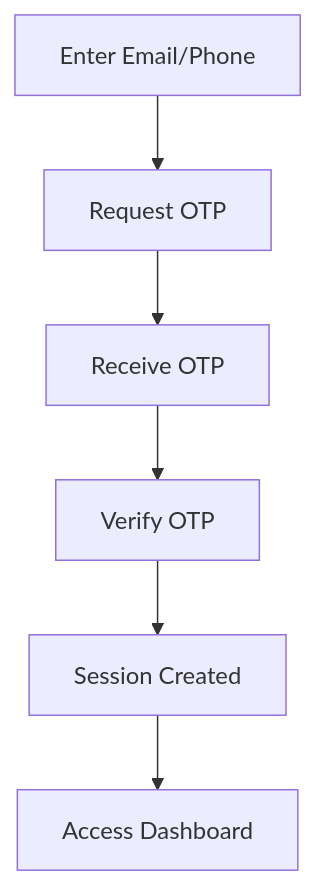
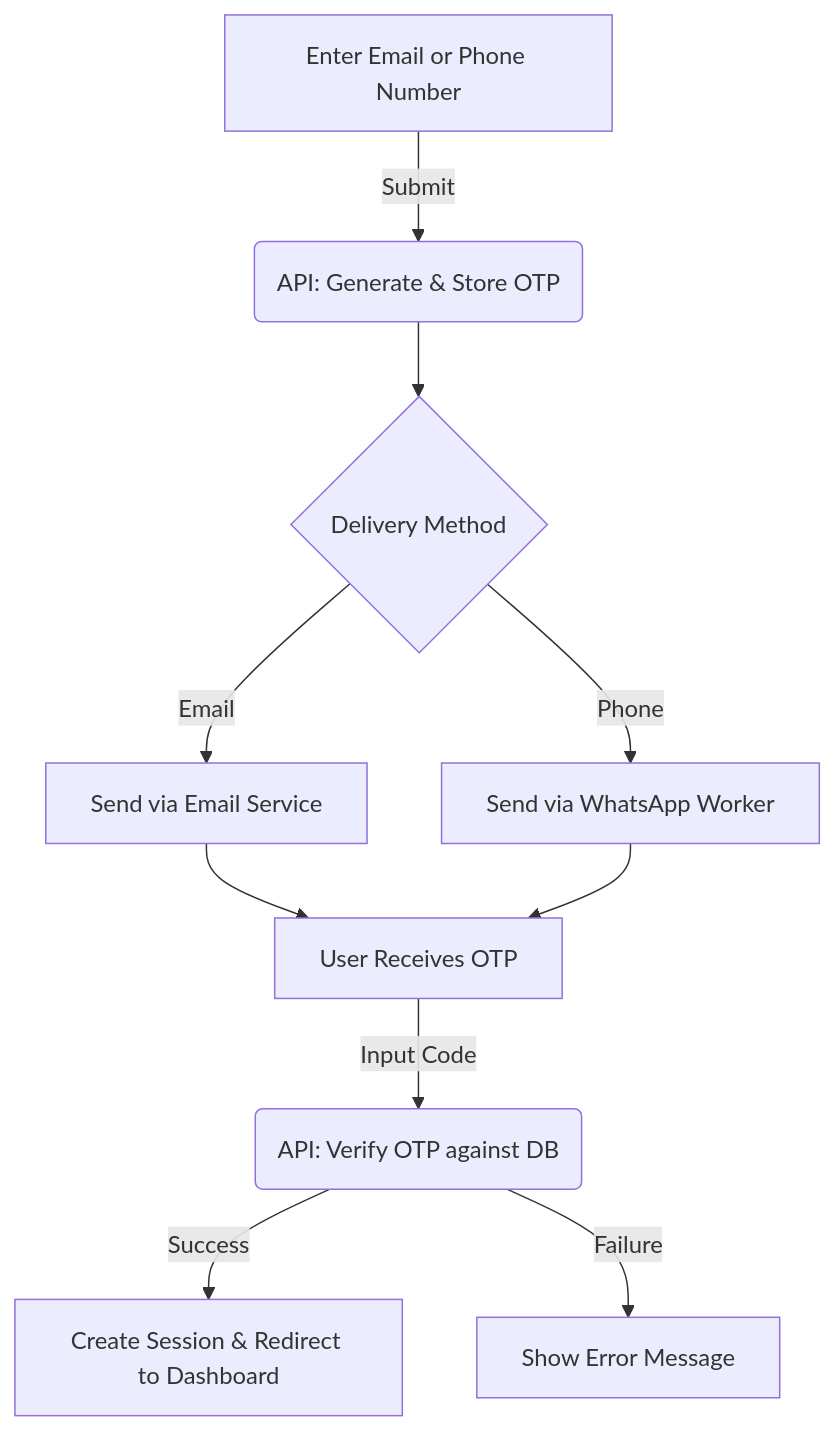
The first of 3 diagrams in README.md (ankush850/Hack-the-Thread-Social-Saver-Bot-Prototype), drawn with Mermaid before and after one commit. The commit also changed other lines of this file, not shown here.

````diff
--- a/README.md
+++ b/README.md
@@ -78,8 +78,12 @@
-``` mermaid
+```mermaid
 graph TD
-    A[Enter Email/Phone] --> B[Request OTP]
-    B --> C[Receive OTP]
-    C --> D[Verify OTP]
-    D --> E[Session Created]
-    E --> F[Access Dashboard]
+    A[Enter Email or Phone Number] -->|Submit| B(API: Generate & Store OTP)
+    B --> C{Delivery Method}
+    C -->|Email| D[Send via Email Service]
+    C -->|Phone| E[Send via WhatsApp Worker]
+    D --> F[User Receives OTP]
+    E --> F
+    F -->|Input Code| G(API: Verify OTP against DB)
+    G -->|Success| H[Create Session & Redirect to Dashboard]
+    G -->|Failure| I[Show Error Message]
 ```
````
